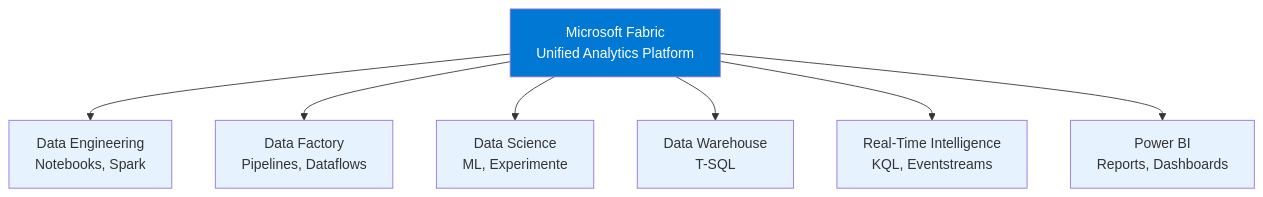
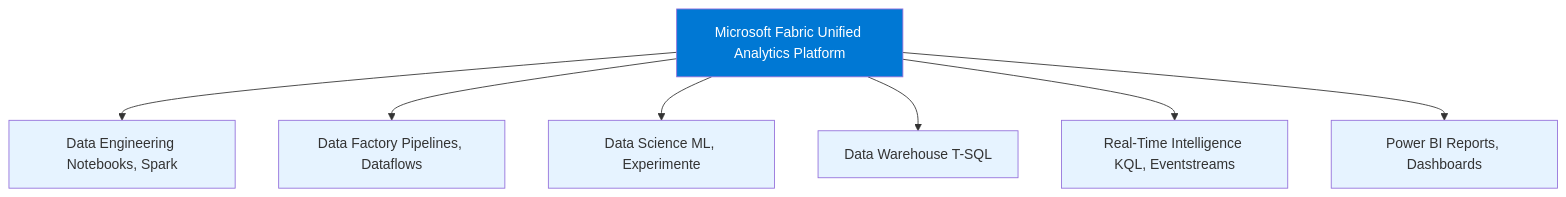
Before and after one commit to SoniiiT/notes-n-docs: the first of 4 diagrams in Microsoft 365/Azure/Fabric/Microsoft Fabric Grundlagen.md, drawn with Mermaid. The commit also changed other lines of this file and 124 other files, not shown here.

First line of the commit message:
fix: Entferne \n aus allen Mermaid-Diagrammen (125 Dateien)

````diff
--- a/Microsoft 365/Azure/Fabric/Microsoft Fabric Grundlagen.md
+++ b/Microsoft 365/Azure/Fabric/Microsoft Fabric Grundlagen.md
@@ -34,18 +34,18 @@
 ```mermaid
 graph TD
-    FABRIC[Microsoft Fabric\nUnified Analytics Platform]
-    FABRIC --> DE[Data Engineering\nNotebooks, Spark]
-    FABRIC --> DF[Data Factory\nPipelines, Dataflows]
-    FABRIC --> DS[Data Science\nML, Experimente]
-    FABRIC --> DW[Data Warehouse\nT-SQL]
-    FABRIC --> RTI[Real-Time Intelligence\nKQL, Eventstreams]
-    FABRIC --> PBI[Power BI\nReports, Dashboards]
+    FABRIC[Microsoft Fabric Unified Analytics Platform]
+    FABRIC --> DE[Data Engineering Notebooks, Spark]
+    FABRIC --> DF[Data Factory Pipelines, Dataflows]
+    FABRIC --> DS[Data Science ML, Experimente]
+    FABRIC --> DW[Data Warehouse T-SQL]
+    FABRIC --> RTI[Real-Time Intelligence KQL, Eventstreams]
+    FABRIC --> PBI[Power BI Reports, Dashboards]
     
     style FABRIC fill:#0078d4,color:#fff
     style DE fill:#e6f3ff
     style DF fill:#e6f3ff
     style DS fill:#e6f3ff
     style DW fill:#e6f3ff
     style RTI fill:#e6f3ff
     style PBI fill:#e6f3ff
 ```
````
